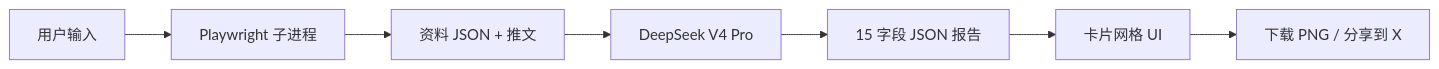
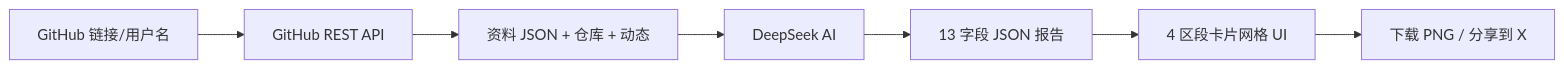
The diagram in README.zh.md (gokuscraper/github-roast), drawn with Mermaid before and after one commit. The commit also changed other lines of this file and 34 other files, not shown here.

````diff
--- a/README.zh.md
+++ b/README.zh.md
@@ -94,9 +92,9 @@
 ```mermaid
 flowchart LR
-    A[用户输入] --> B[Playwright 子进程]
-    B --> C[资料 JSON + 推文]
-    C --> D[DeepSeek V4 Pro]
-    D --> E[15 字段 JSON 报告]
-    E --> F[卡片网格 UI]
+    A[GitHub 链接/用户名] --> B[GitHub REST API]
+    B --> C[资料 JSON + 仓库 + 动态]
+    C --> D[DeepSeek AI]
+    D --> E[13 字段 JSON 报告]
+    E --> F[4 区段卡片网格 UI]
     F --> G[下载 PNG / 分享到 X]
 ```
````
